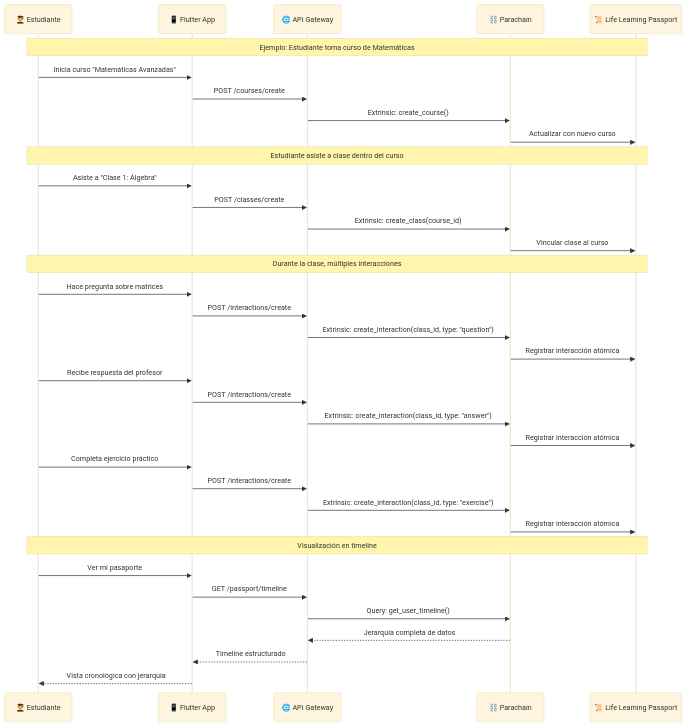
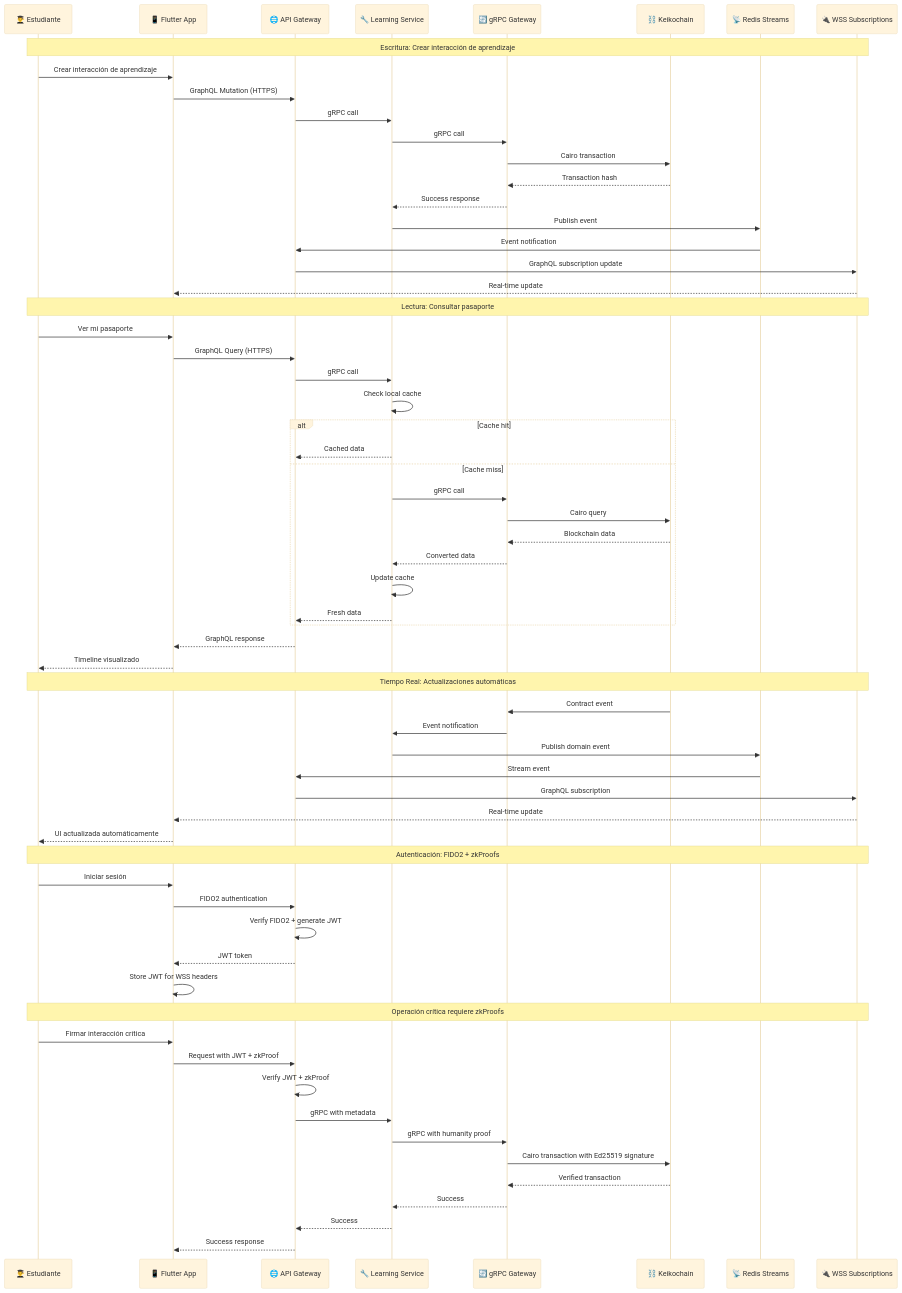
The fourth of 5 diagrams in .kiro/specs/01-keiko-dapp/design.md (keikolatam/dapp-monorepo), drawn with Mermaid (base theme) before and after one commit. The commit also changed other lines of this file and 1126 other files, not shown here.

Commit message:
Migración a gRPC gateway con Cairo - parte 2

````diff
--- a/.kiro/specs/01-keiko-dapp/design.md
+++ b/.kiro/specs/01-keiko-dapp/design.md
@@ -411,48 +474,75 @@
 ```mermaid
 sequenceDiagram
     participant Student as 👨‍🎓 Estudiante
-    participant Frontend as 📱 Flutter App
-    participant API as 🌐 API Gateway
-    participant Blockchain as ⛓️ Parachain
-    participant Passport as 📜 Life Learning Passport
+    participant Flutter as 📱 Flutter App
+    participant APIGateway as 🌐 API Gateway
+    participant LearningService as 🔧 Learning Service
+    participant GRPCGateway as 🔄 gRPC Gateway
+    participant Keikochain as ⛓️ Keikochain
+    participant RedisStreams as 📡 Redis Streams
+    participant WSS as 🔌 WSS Subscriptions
 
-    Note over Student, Passport: Ejemplo: Estudiante toma curso de Matemáticas
+    Note over Student, WSS: Escritura: Crear interacción de aprendizaje
 
-    Student->>Frontend: Inicia curso "Matemáticas Avanzadas"
-    Frontend->>API: POST /courses/create
-    API->>Blockchain: Extrinsic: create_course()
-    Blockchain->>Passport: Actualizar con nuevo curso
+    Student->>Flutter: Crear interacción de aprendizaje
+    Flutter->>APIGateway: GraphQL Mutation (HTTPS)
+    APIGateway->>LearningService: gRPC call
+    LearningService->>GRPCGateway: gRPC call
+    GRPCGateway->>Keikochain: Cairo transaction
+    Keikochain-->>GRPCGateway: Transaction hash
+    GRPCGateway-->>LearningService: Success response
+    LearningService->>RedisStreams: Publish event
+    RedisStreams->>APIGateway: Event notification
+    APIGateway->>WSS: GraphQL subscription update
+    WSS-->>Flutter: Real-time update
 
-    Note over Student, Passport: Estudiante asiste a clase dentro del curso
+    Note over Student, WSS: Lectura: Consultar pasaporte
 
-    Student->>Frontend: Asiste a "Clase 1: Álgebra"
-    Frontend->>API: POST /classes/create
-    API->>Blockchain: Extrinsic: create_class(course_id)
-    Blockchain->>Passport: Vincular clase al curso
+    Student->>Flutter: Ver mi pasaporte
+    Flutter->>APIGateway: GraphQL Query (HTTPS)
+    APIGateway->>LearningService: gRPC call
+    LearningService->>LearningService: Check local cache
+    alt Cache hit
+        LearningService-->>APIGateway: Cached data
+    else Cache miss
+        LearningService->>GRPCGateway: gRPC call
+        GRPCGateway->>Keikochain: Cairo query
+        Keikochain-->>GRPCGateway: Blockchain data
+        GRPCGateway-->>LearningService: Converted data
+        LearningService->>LearningService: Update cache
+        LearningService-->>APIGateway: Fresh data
+    end
+    APIGateway-->>Flutter: GraphQL response
+    Flutter-->>Student: Timeline visualizado
 
-    Note over Student, Passport: Durante la clase, múltiples interacciones
+    Note over Student, WSS: Tiempo Real: Actualizaciones automáticas
 
-    Student->>Frontend: Hace pregunta sobre matrices
-    Frontend->>API: POST /interactions/create
-    API->>Blockchain: Extrinsic: create_interaction(class_id, type: "question")
-    Blockchain->>Passport: Registrar interacción atómica
+    Keikochain->>GRPCGateway: Contract event
+    GRPCGateway->>LearningService: Event notification
+    LearningService->>RedisStreams: Publish domain event
+    RedisStreams->>APIGateway: Stream event
+    APIGateway->>WSS: GraphQL subscription
+    WSS-->>Flutter: Real-time update
+    Flutter-->>Student: UI actualizada automáticamente
 
-    Student->>Frontend: Recibe respuesta del profesor
-    Frontend->>API: POST /interactions/create
-    API->>Blockchain: Extrinsic: create_interaction(class_id, type: "answer")
-    Blockchain->>Passport: Registrar interacción atómica
+    Note over Student, WSS: Autenticación: FIDO2 + zkProofs
 
-    Student->>Frontend: Completa ejercicio práctico
-    Frontend->>API: POST /interactions/create
-    API->>Blockchain: Extrinsic: create_interaction(class_id, type: "exercise")
-    Blockchain->>Passport: Registrar interacción atómica
-
-    Note over Student, Passport: Visualización en timeline
-
-    Student->>Frontend: Ver mi pasaporte
-    Frontend->>API: GET /passport/timeline
-    API->>Blockchain: Query: get_user_timeline()
-    Blockchain-->>API: Jerarquía completa de datos
-    API-->>Frontend: Timeline estructurado
-    Frontend-->>Student: Vista cronológica con jerarquía
+    Student->>Flutter: Iniciar sesión
+    Flutter->>APIGateway: FIDO2 authentication
+    APIGateway->>APIGateway: Verify FIDO2 + generate JWT
+    APIGateway-->>Flutter: JWT token
+    Flutter->>Flutter: Store JWT for WSS headers
+    
+    Note over Student, WSS: Operación crítica requiere zkProofs
+    
+    Student->>Flutter: Firmar interacción crítica
+    Flutter->>APIGateway: Request with JWT + zkProof
+    APIGateway->>APIGateway: Verify JWT + zkProof
+    APIGateway->>LearningService: gRPC with metadata
+    LearningService->>GRPCGateway: gRPC with humanity proof
+    GRPCGateway->>Keikochain: Cairo transaction with Ed25519 signature
+    Keikochain-->>GRPCGateway: Verified transaction
+    GRPCGateway-->>LearningService: Success
+    LearningService-->>APIGateway: Success
+    APIGateway-->>Flutter: Success response
 ```
````
